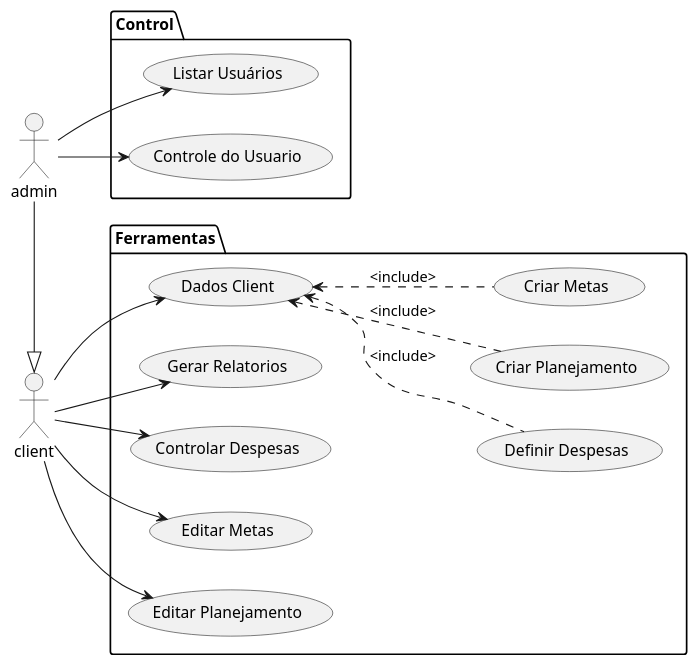
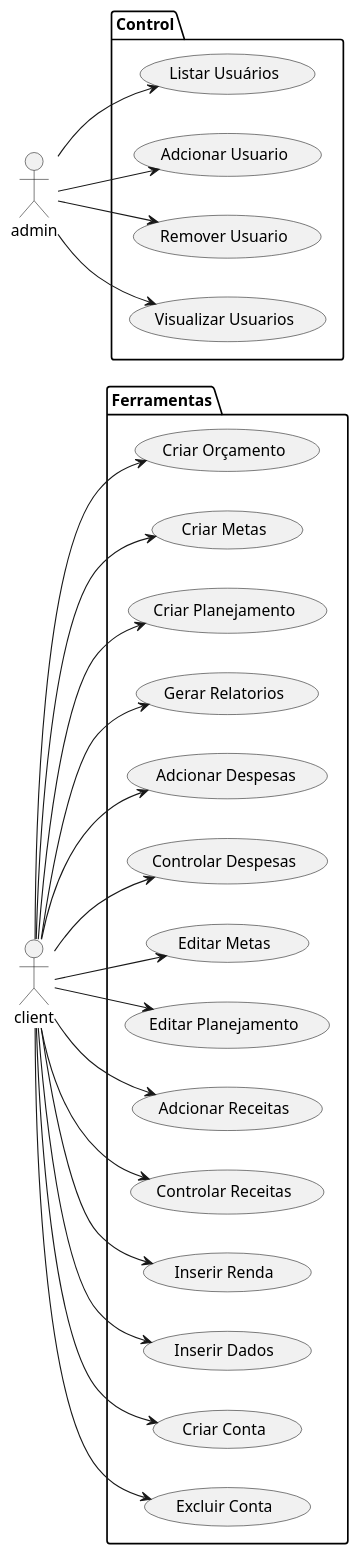
One commit to Guisandroni/Projeto-de-Eng.Soft2 changed the diagram in Docs/cases/cases.puml. Above: the diagram before and after it, drawn with PlantUML. The commit also changed 4 other files, not shown here.

```diff
--- a/Docs/cases/cases.puml
+++ b/Docs/cases/cases.puml
@@ -1,51 +1,59 @@
 @startuml "use-case"
 left to right direction
 actor client 
 actor admin 
 
 package Ferramentas  {
 
-    usecase "Dados Client" as Id
-    usecase "Gerar Relatorios" as Cr  
-    usecase "Controlar Despesas" as gg 
-    usecase "Editar Metas" as gc 
-    usecase "Editar Planejamento" as gp 
+     usecase "Criar Orçamento" as 1
+    usecase "Criar Metas"    as 2
+    usecase "Criar Planejamento" as 3
+    usecase "Gerar Relatorios" as 4
+    usecase " Adcionar Despesas" as 5
+    usecase "Controlar Despesas" as 6
+    usecase "Editar Metas" as 7             
+    usecase "Editar Planejamento" as 8
+    usecase "Adcionar Receitas" as 9
+    usecase "Controlar Receitas" as 17
+    usecase "Inserir Renda" as 10 
+    usecase "Inserir Dados" as 11
+    usecase "Criar Conta" as 15
+    usecase "Excluir Conta" as 16
 
-   usecase  "Definir Despesas" as Fcg 
-    usecase "Criar Planejamento" as Fc
-    usecase "Criar Metas" as Ci 
     
 }
 
 package Control{
 
+   
     usecase "Listar Usuários" as Lu 
-    usecase "Controle do Usuario" as Cu
+    usecase "Adcionar Usuario" as 12
+    usecase "Remover Usuario" as 13
+    usecase "Visualizar Usuarios" as 14
+
 }
-client --> gc
-client --> gg
-client --> Cr
-client --> Id
-client --> gp
-admin --> Lu 
-admin --> Cu
-(Id) <.. (Fc) : <include>
-(Id) <.. (Ci) : <include>
-(Id) <.. (Fcg) : <include>
+client --> 1
+client --> 2
+client --> 3
+client --> 4
+client --> 5
+client --> 6
+client --> 7
+client --> 8
+client --> 9
+client --> 10
+client --> 11
+client --> 15
+client --> 16
+client --> 17
+admin --> Lu
+admin --> 12
+admin --> 13
+admin --> 14
 
 
 
 
 
 
-
-
-
-
-admin -|> client
-
-
-
-
-
 @enduml
```
